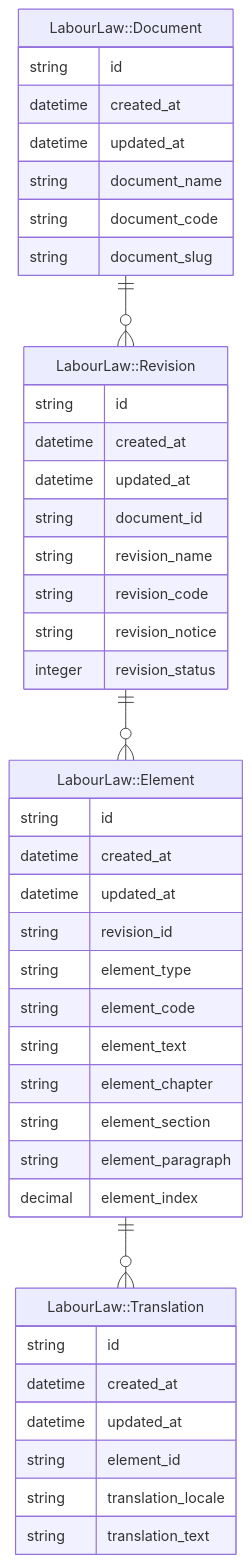
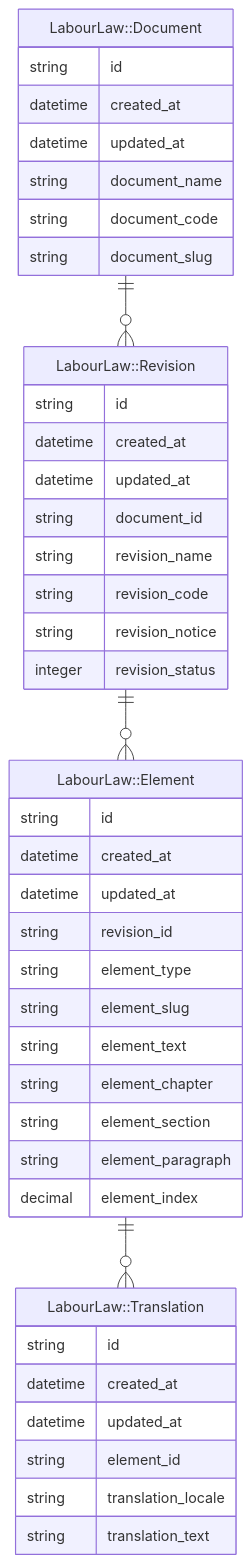
One commit to henrycatalinismith/666a.se changed the diagram in app/pages/labour-law-module.en.md. Above: the diagram before and after it, drawn with Mermaid. The commit also changed 12 other files, not shown here.

```diff
--- a/app/pages/labour-law-module.en.md
+++ b/app/pages/labour-law-module.en.md
@@ -10,53 +10,53 @@
   <pre class="mermaid">
     erDiagram
 
       "LabourLaw::Document" {
           string id
           datetime created_at
           datetime updated_at
           string document_name
           string document_code
           string document_slug
       }
 
       "LabourLaw::Document" ||--o{ "LabourLaw::Revision" : ""
 
       "LabourLaw::Revision" {
           string id
           datetime created_at
           datetime updated_at
           string document_id
           string revision_name
           string revision_code
           string revision_notice
           integer revision_status
       }
 
       "LabourLaw::Revision" ||--o{ "LabourLaw::Element" : ""
 
       "LabourLaw::Element" {
           string id
           datetime created_at
           datetime updated_at
           string revision_id
           string element_type
-          string element_code
+          string element_slug
           string element_text
           string element_chapter 
           string element_section 
           string element_paragraph 
           decimal element_index
       }
 
       "LabourLaw::Element" ||--o{ "LabourLaw::Translation" : ""
 
       "LabourLaw::Translation" {
           string id
           datetime created_at
           datetime updated_at
           string element_id
           string translation_locale
           string translation_text
       }
 
   </pre>
```
